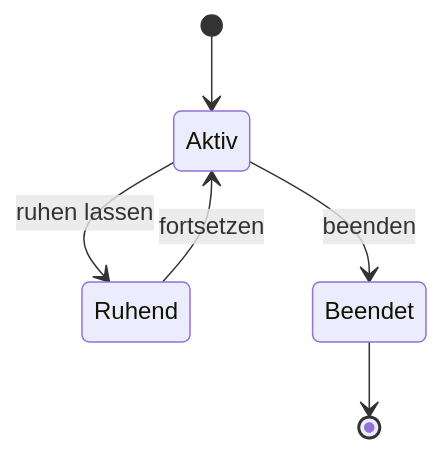
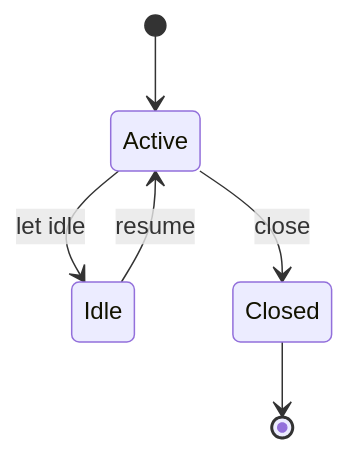
One commit to pschroee/agri-gaia-agent-gateway changed the fourth of 9 diagrams in images/agw-basis/skills/mermaid/SKILL.md. Above: the diagram before and after it, drawn with Mermaid. The commit also changed other lines of this file and 25 other files, not shown here.

````diff
--- a/images/agw-basis/skills/mermaid/SKILL.md
+++ b/images/agw-basis/skills/mermaid/SKILL.md
@@ -106,8 +106,8 @@
 ```mermaid
 stateDiagram-v2
-  [*] --> Aktiv
-  Aktiv --> Ruhend: ruhen lassen
-  Ruhend --> Aktiv: fortsetzen
-  Aktiv --> Beendet: beenden
-  Beendet --> [*]
+  [*] --> Active
+  Active --> Idle: let idle
+  Idle --> Active: resume
+  Active --> Closed: close
+  Closed --> [*]
 ```
````
